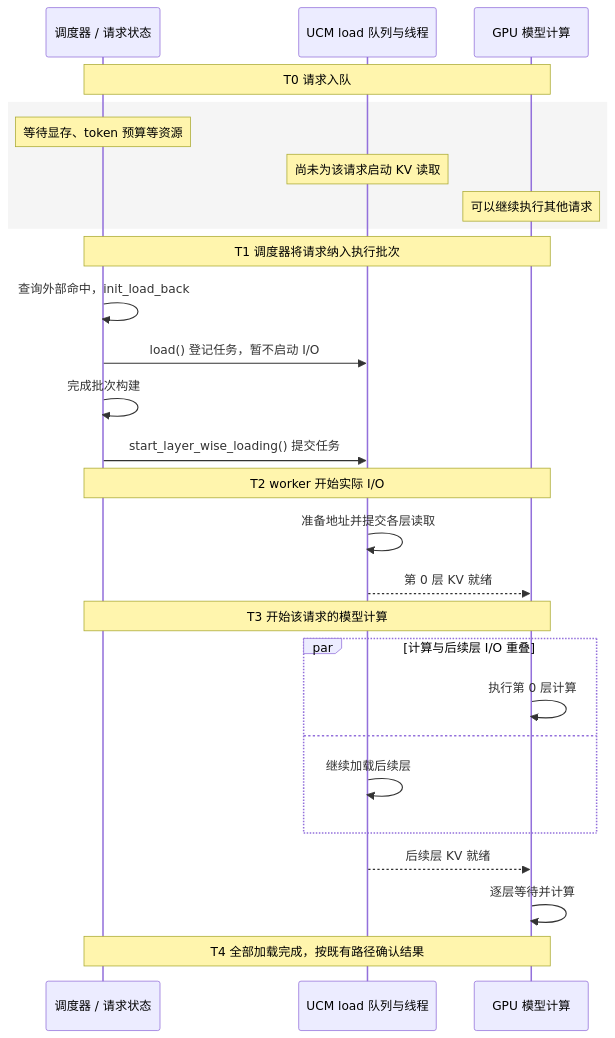
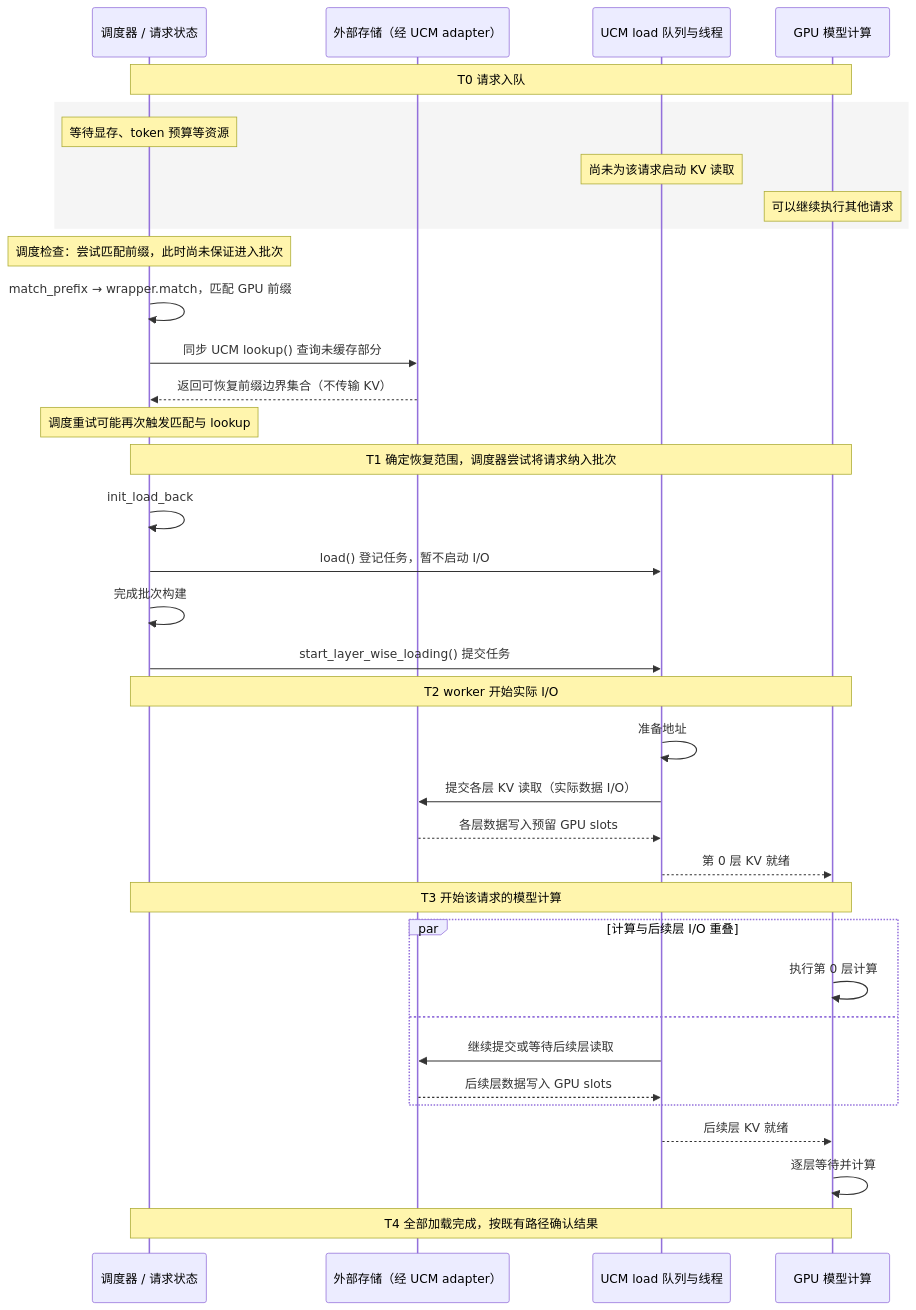
One commit to lc1314555/learning-book changed the first of 2 diagrams in sglang/linker/sglang_prefetch_linker.md. Above: the diagram before and after it, drawn with Mermaid. The commit also changed other lines of this file, not shown here.

````diff
--- a/sglang/linker/sglang_prefetch_linker.md
+++ b/sglang/linker/sglang_prefetch_linker.md
@@ -70,29 +70,38 @@
 ```mermaid
 sequenceDiagram
     participant S as 调度器 / 请求状态
+    participant E as 外部存储（经 UCM adapter）
     participant L as UCM load 队列与线程
     participant G as GPU 模型计算
     Note over S,G: T0 请求入队
     rect rgb(245, 245, 245)
         Note over S: 等待显存、token 预算等资源
         Note over L: 尚未为该请求启动 KV 读取
         Note over G: 可以继续执行其他请求
     end
-    Note over S,G: T1 调度器将请求纳入执行批次
-    S->>S: 查询外部命中，init_load_back
+    Note over S: 调度检查：尝试匹配前缀，此时尚未保证进入批次
+    S->>S: match_prefix → wrapper.match，匹配 GPU 前缀
+    S->>E: 同步 UCM lookup() 查询未缓存部分
+    E-->>S: 返回可恢复前缀边界集合（不传输 KV）
+    Note over S: 调度重试可能再次触发匹配与 lookup
+    Note over S,G: T1 确定恢复范围，调度器尝试将请求纳入批次
+    S->>S: init_load_back
     S->>L: load() 登记任务，暂不启动 I/O
     S->>S: 完成批次构建
     S->>L: start_layer_wise_loading() 提交任务
     Note over S,G: T2 worker 开始实际 I/O
-    L->>L: 准备地址并提交各层读取
+    L->>L: 准备地址
+    L->>E: 提交各层 KV 读取（实际数据 I/O）
+    E-->>L: 各层数据写入预留 GPU slots
     L-->>G: 第 0 层 KV 就绪
     Note over S,G: T3 开始该请求的模型计算
     par 计算与后续层 I/O 重叠
         G->>G: 执行第 0 层计算
     and
-        L->>L: 继续加载后续层
+        L->>E: 继续提交或等待后续层读取
+        E-->>L: 后续层数据写入 GPU slots
     end
     L-->>G: 后续层 KV 就绪
     G->>G: 逐层等待并计算
     Note over S,G: T4 全部加载完成，按既有路径确认结果
 ```
````
